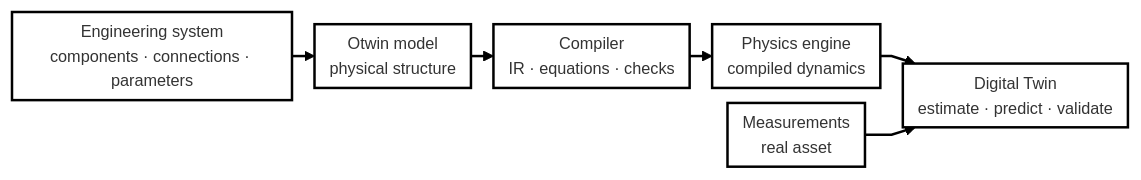
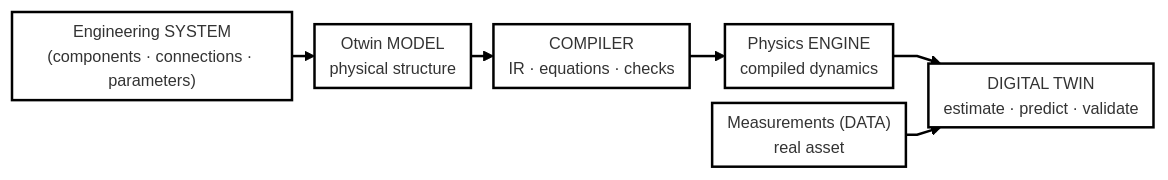
The first of 11 diagrams in README.md (otwin-core/otwin), drawn with Mermaid before and after one commit. The commit also changed other lines of this file, not shown here.

First line of the commit message:
Refine README formatting and flowchart labels

````diff
--- a/README.md
+++ b/README.md
@@ -71,23 +71,23 @@
 ```mermaid
 ---
 config:
   layout: fixed
   theme: neo
   fontFamily: '''Open Sans Variable'', sans-serif'
   themeVariables:
     fontFamily: '''Open Sans Variable'', sans-serif'
 ---
 %%{init: {"flowchart": {"nodeSpacing": 12, "rankSpacing": 18, "padding": 6, "curve": "linear"}, "themeVariables": {"fontSize": "13px"}}}%%
 
 flowchart LR
-    A["Engineering system<br/>components · connections · parameters"]
-    B["Otwin model<br/>physical structure"]
-    C["Compiler<br/>IR · equations · checks"]
-    D["Physics engine<br/>compiled dynamics"]
-    E["Measurements<br/>real asset"]
-    F["Digital Twin<br/>estimate · predict · validate"]
+    A["Engineering SYSTEM<br/>(components · connections · parameters)"]
+    B["Otwin MODEL<br/>physical structure"]
+    C["COMPILER<br/>IR · equations · checks"]
+    D["Physics ENGINE<br/>compiled dynamics"]
+    E["Measurements (DATA)<br/>real asset"]
+    F["DIGITAL TWIN<br/>estimate · predict · validate"]
 
     A --> B --> C --> D
     D --> F
     E --> F
 ```
````
